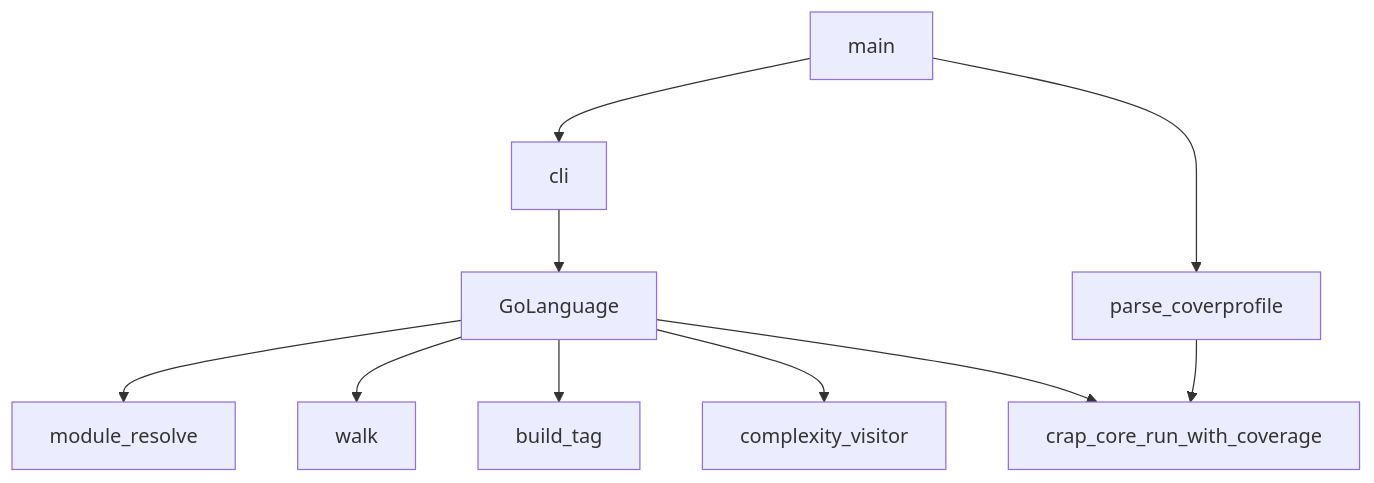
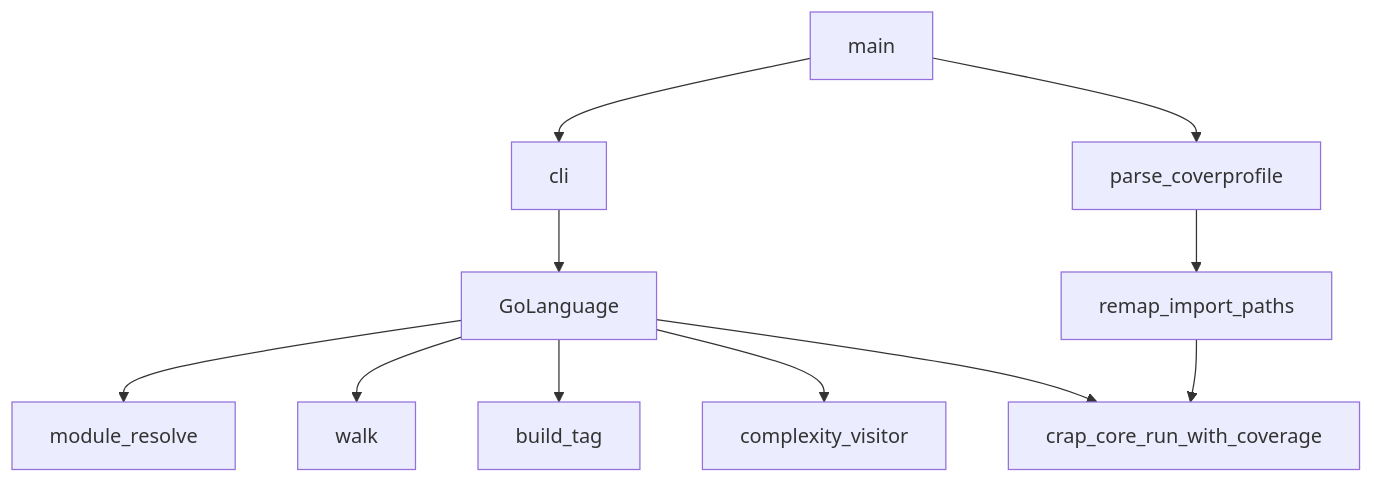
Before and after one commit to deangrant/crap-analyzer: the fourth of 4 diagrams in .agents/docs/ARCHITECTURE.md, drawn with Mermaid. The commit also changed other lines of this file and 9 other files, not shown here.

First line of the commit message:
fix(crap-go): Remap import-path coverprofiles to filesystem sources

````diff
--- a/.agents/docs/ARCHITECTURE.md
+++ b/.agents/docs/ARCHITECTURE.md
@@ -177,12 +179,13 @@
 ```mermaid
 flowchart TB
   Main[main] --> Cli[cli]
   Cli --> Lang[GoLanguage]
   Main --> Cover[parse_coverprofile]
+  Cover --> Remap[remap_import_paths]
   Lang --> Module[module_resolve]
   Lang --> Walk[walk]
   Lang --> Tags[build_tag]
   Lang --> Visitor[complexity_visitor]
-  Cover --> Run[crap_core_run_with_coverage]
+  Remap --> Run[crap_core_run_with_coverage]
   Lang --> Run
 ```
````
